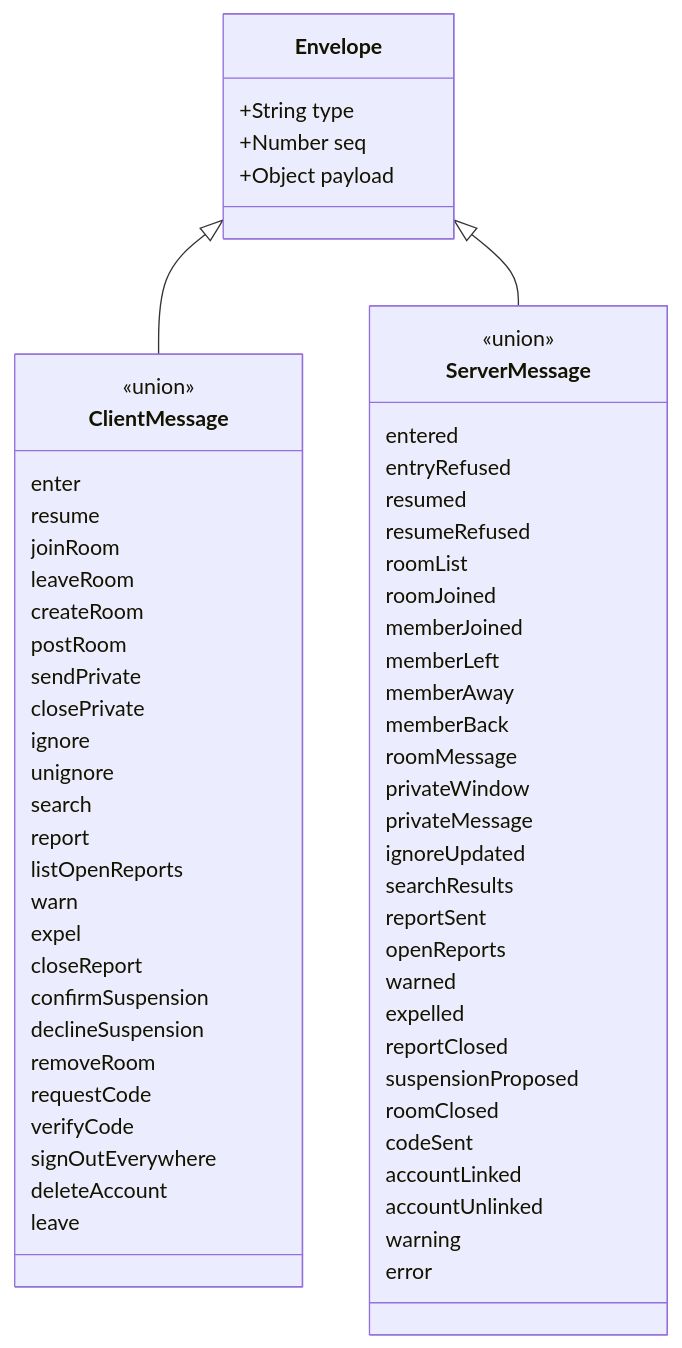
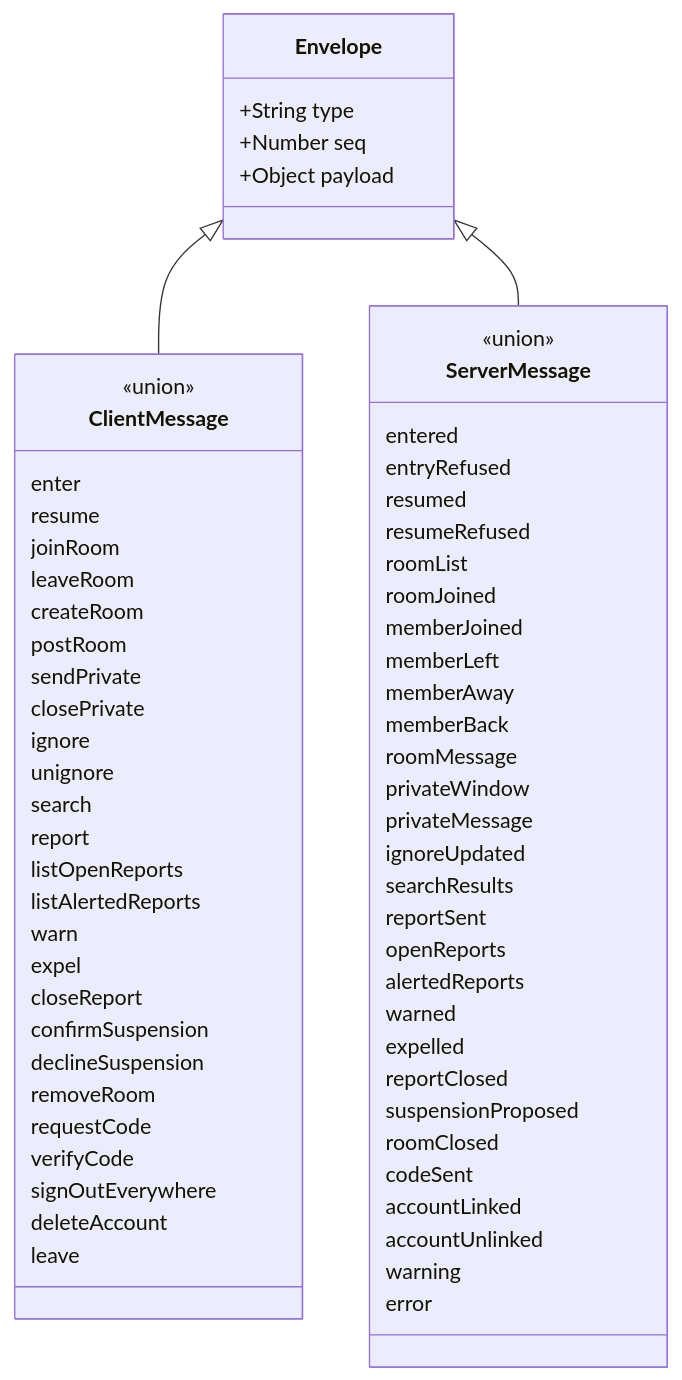
The diagram in docs/architecture/diagrams/platform/04-class-protocol.md (benoit-bremaud/asv), drawn with Mermaid before and after one commit. The commit also changed other lines of this file and 24 other files, not shown here.

````diff
--- a/docs/architecture/diagrams/platform/04-class-protocol.md
+++ b/docs/architecture/diagrams/platform/04-class-protocol.md
@@ -15,67 +15,69 @@
 ```mermaid
 classDiagram
   class Envelope {
     +String type
     +Number seq
     +Object payload
   }
   class ClientMessage {
     <<union>>
     enter
     resume
     joinRoom
     leaveRoom
     createRoom
     postRoom
     sendPrivate
     closePrivate
     ignore
     unignore
     search
     report
     listOpenReports
+    listAlertedReports
     warn
     expel
     closeReport
     confirmSuspension
     declineSuspension
     removeRoom
     requestCode
     verifyCode
     signOutEverywhere
     deleteAccount
     leave
   }
   class ServerMessage {
     <<union>>
     entered
     entryRefused
     resumed
     resumeRefused
     roomList
     roomJoined
     memberJoined
     memberLeft
     memberAway
     memberBack
     roomMessage
     privateWindow
     privateMessage
     ignoreUpdated
     searchResults
     reportSent
     openReports
+    alertedReports
     warned
     expelled
     reportClosed
     suspensionProposed
     roomClosed
     codeSent
     accountLinked
     accountUnlinked
     warning
     error
   }
   Envelope <|-- ClientMessage
   Envelope <|-- ServerMessage
 ```
````
